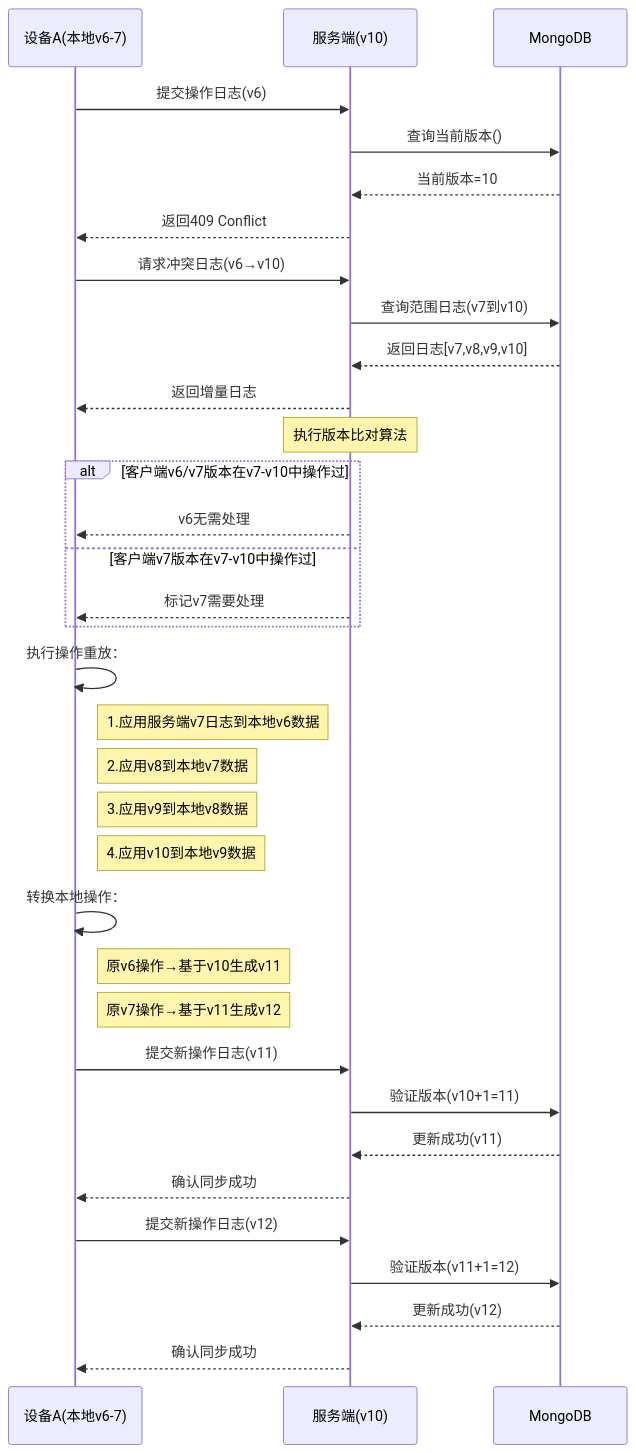
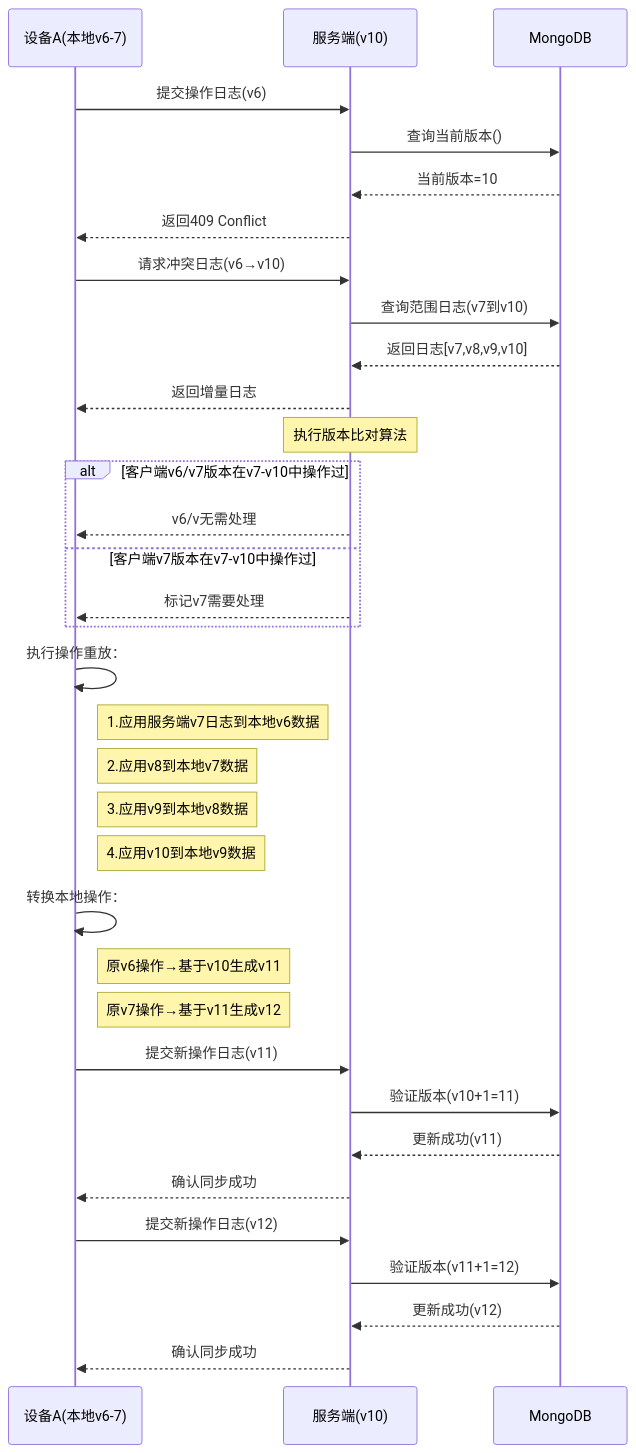
The diagram in all/未命名-26.md (yingjianzh/iodraw-files), drawn with Mermaid before and after one commit.

Commit message:
2025-02-26 16:49:47 update

````diff
--- a/all/未命名-26.md
+++ b/all/未命名-26.md
@@ -1,49 +1,49 @@
 ```mermaid
 sequenceDiagram
     participant A as 设备A(本地v6-7)
     participant S as 服务端(v10)
     participant DB as MongoDB
 
     %% 初始同步尝试
     A->>S: 提交操作日志(v6)
     S->>DB: 查询当前版本()
     DB-->>S: 当前版本=10
     S-->>A: 返回409 Conflict
 
     %% 冲突解决阶段
     A->>S: 请求冲突日志(v6→v10)
     S->>DB: 查询范围日志(v7到v10)
     DB-->>S: 返回日志[v7,v8,v9,v10]
     S-->>A: 返回增量日志
 
 
     Note over S: 执行版本比对算法
     alt 客户端v6/v7版本在v7-v10中操作过
-        S-->>A: v6无需处理
+        S-->>A: v6/v无需处理
     else 客户端v7版本在v7-v10中操作过
         S-->>A: 标记v7需要处理
     end
 
     %% 本地数据重建
     A->>A: 执行操作重放：
     note right of A: 1.应用服务端v7日志到本地v6数据
     note right of A: 2.应用v8到本地v7数据
     note right of A: 3.应用v9到本地v8数据
     note right of A: 4.应用v10到本地v9数据
 
     %% 本地操作转换
     A->>A: 转换本地操作：
     note right of A: 原v6操作→基于v10生成v11
     note right of A: 原v7操作→基于v11生成v12
 
     %% 重新提交
     A->>S: 提交新操作日志(v11)
     S->>DB: 验证版本(v10+1=11)
     DB-->>S: 更新成功(v11)
     S-->>A: 确认同步成功
 
     A->>S: 提交新操作日志(v12)
     S->>DB: 验证版本(v11+1=12)
     DB-->>S: 更新成功(v12)
     S-->>A: 确认同步成功
 ```
````
